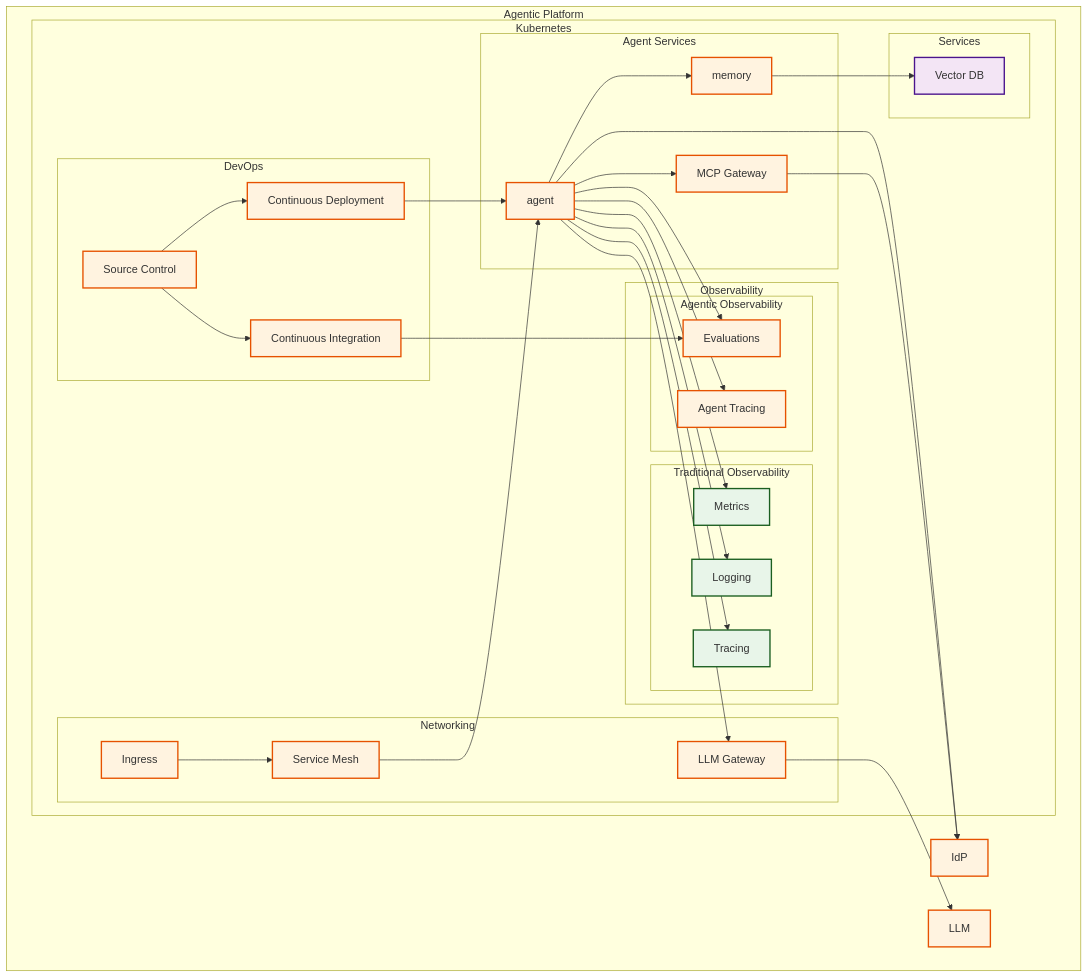
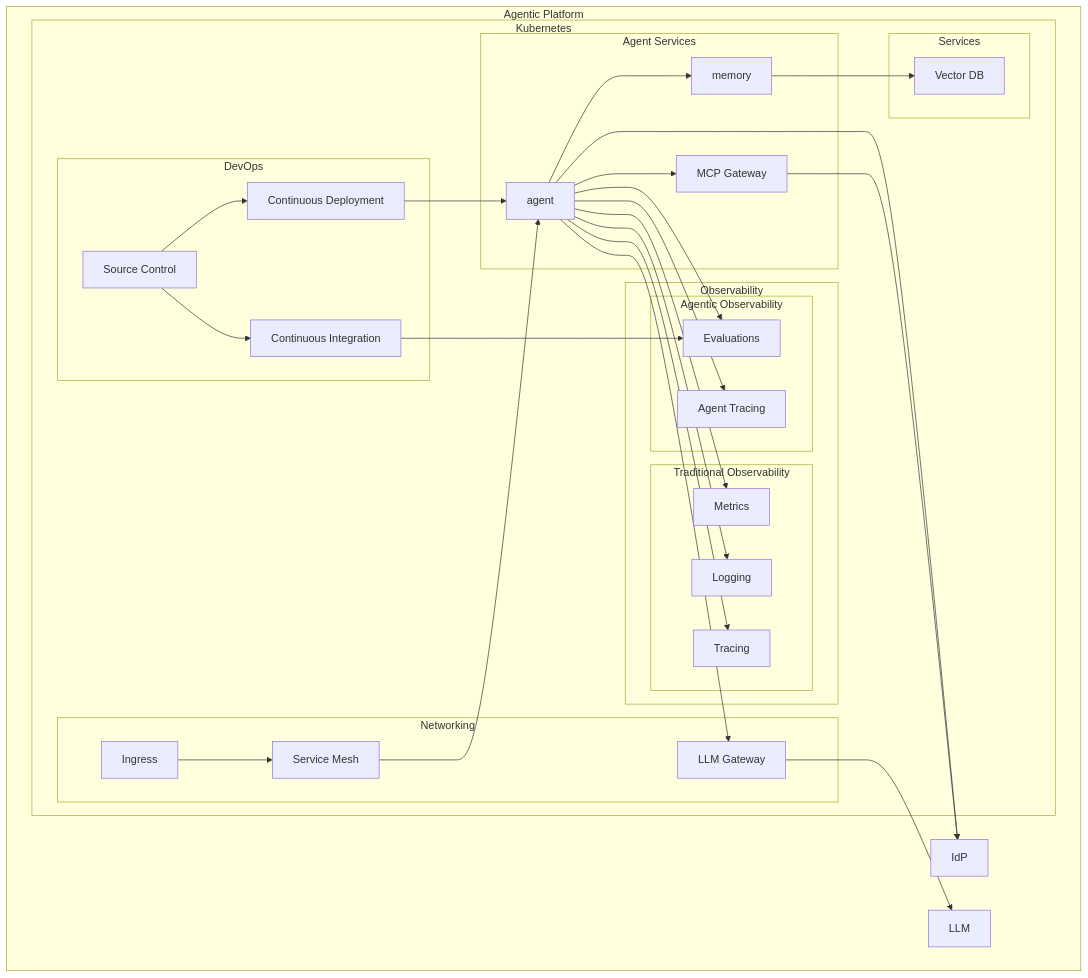
Before and after one commit to agentic-community/wg-operations: the second of 2 diagrams in proposals/0001-reference-architecture/README.md, drawn with Mermaid.

Commit message:
remove auto colors

````diff
--- a/proposals/0001-reference-architecture/README.md
+++ b/proposals/0001-reference-architecture/README.md
@@ -345,12 +345,4 @@
     CD --> agent
     mcp --> idp
     SC --> CI & CD
-    MET:::platform
-    LOG:::platform
-    TRACE:::platform
-    VD:::workload
-    classDef control fill: #e1f5fe, stroke: #01579b, stroke-width: 2px
-    classDef node fill: #fff3e0, stroke: #e65100, stroke-width: 2px
-    classDef workload fill: #f3e5f5, stroke: #4a148c, stroke-width: 2px
-    classDef platform fill: #e8f5e9, stroke: #1b5e20, stroke-width: 2px
 ```
````
